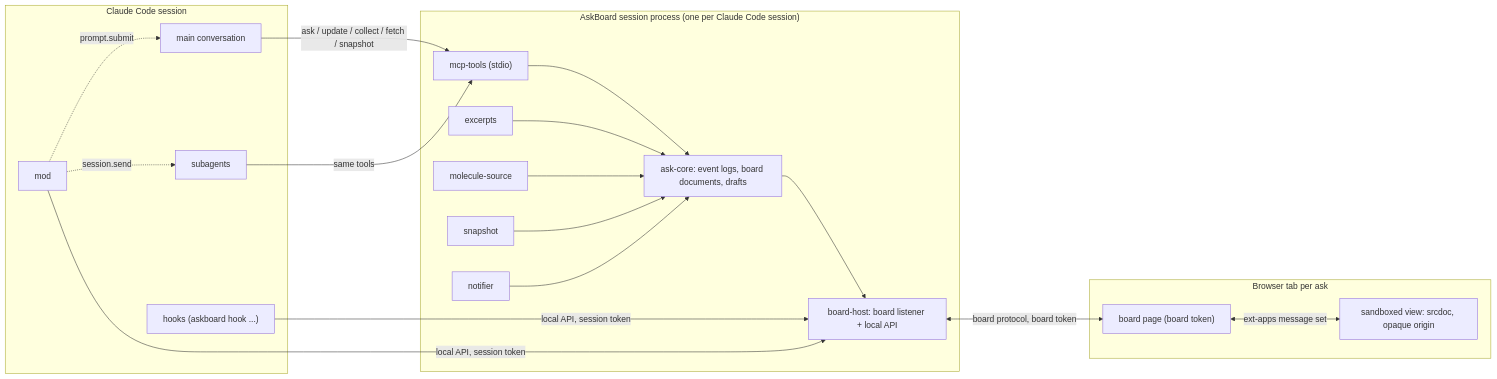
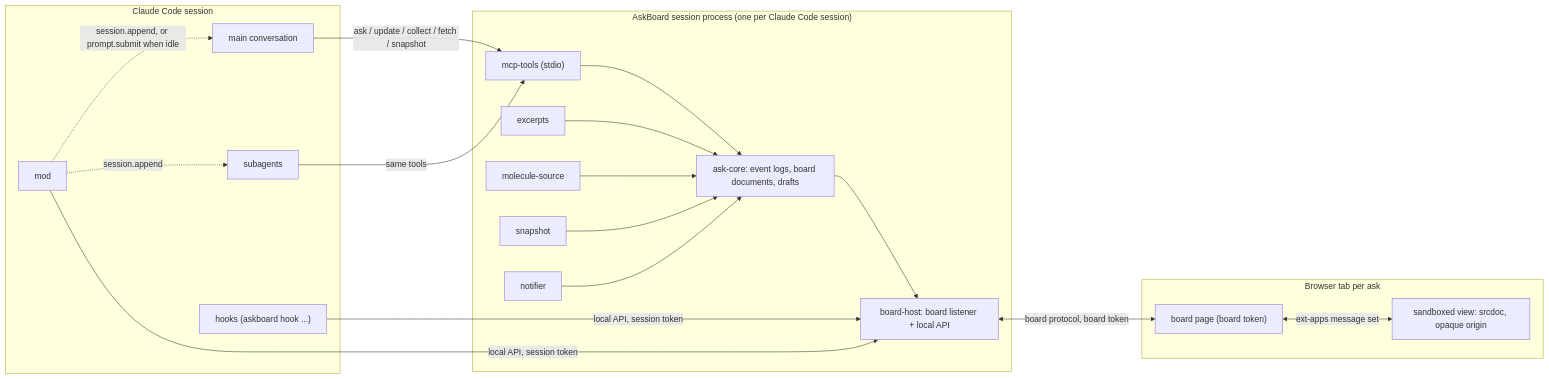
The second of 5 diagrams in docs/architecture-askboard-2026-10-27/ARCHITECTURE-SPINE.md (MrBogomips/askboard), drawn with Mermaid before and after one commit. The commit also changed other lines of this file and 74 other files, not shown here.

````diff
--- a/docs/architecture-askboard-2026-10-27/ARCHITECTURE-SPINE.md
+++ b/docs/architecture-askboard-2026-10-27/ARCHITECTURE-SPINE.md
@@ -639,36 +645,36 @@
 ```mermaid
 flowchart LR
   subgraph CC["Claude Code session"]
     main["main conversation"]
     sub["subagents"]
     modU["mod"]
     hooksU["hooks (askboard hook ...)"]
   end
   subgraph SP["AskBoard session process (one per Claude Code session)"]
     mcpA["mcp-tools (stdio)"]
     coreA["ask-core: event logs, board documents, drafts"]
     hostA["board-host: board listener + local API"]
     excA["excerpts"]
     molA["molecule-source"]
     snapA["snapshot"]
     notifA["notifier"]
   end
   subgraph BR["Browser tab per ask"]
     page["board page (board token)"]
     viewA["sandboxed view: srcdoc, opaque origin"]
   end
   main -->|"ask / update / collect / fetch / snapshot"| mcpA
   sub -->|same tools| mcpA
   mcpA --> coreA
   excA --> coreA
   molA --> coreA
   snapA --> coreA
   notifA --> coreA
   coreA --> hostA
   hostA <-->|"board protocol, board token"| page
   page <-->|"ext-apps message set"| viewA
   hooksU -->|"local API, session token"| hostA
   modU -->|"local API, session token"| hostA
-  modU -.->|"session.send"| sub
-  modU -.->|"prompt.submit"| main
+  modU -.->|"session.append"| sub
+  modU -.->|"session.append, or prompt.submit when idle"| main
 ```
````
